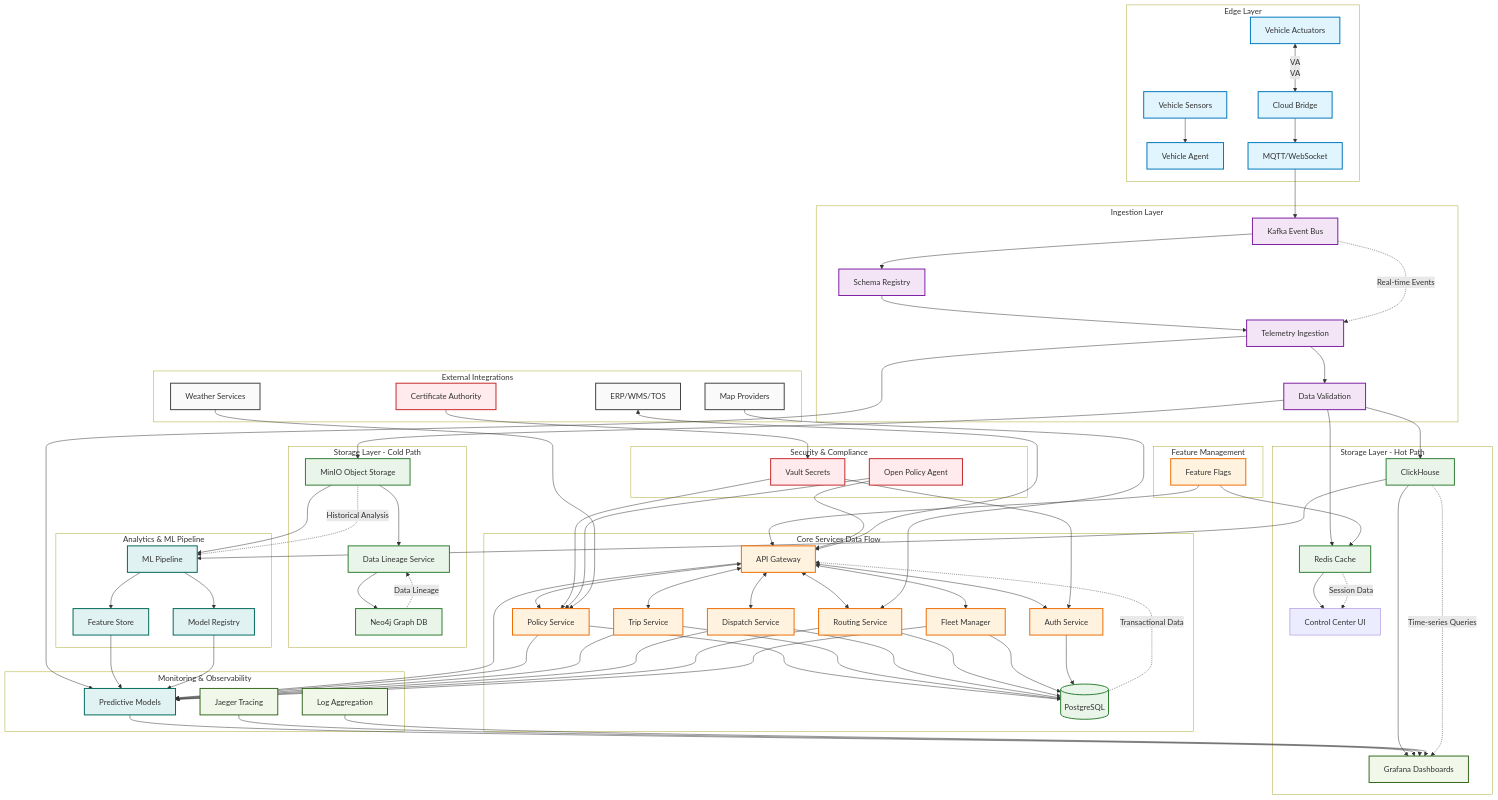
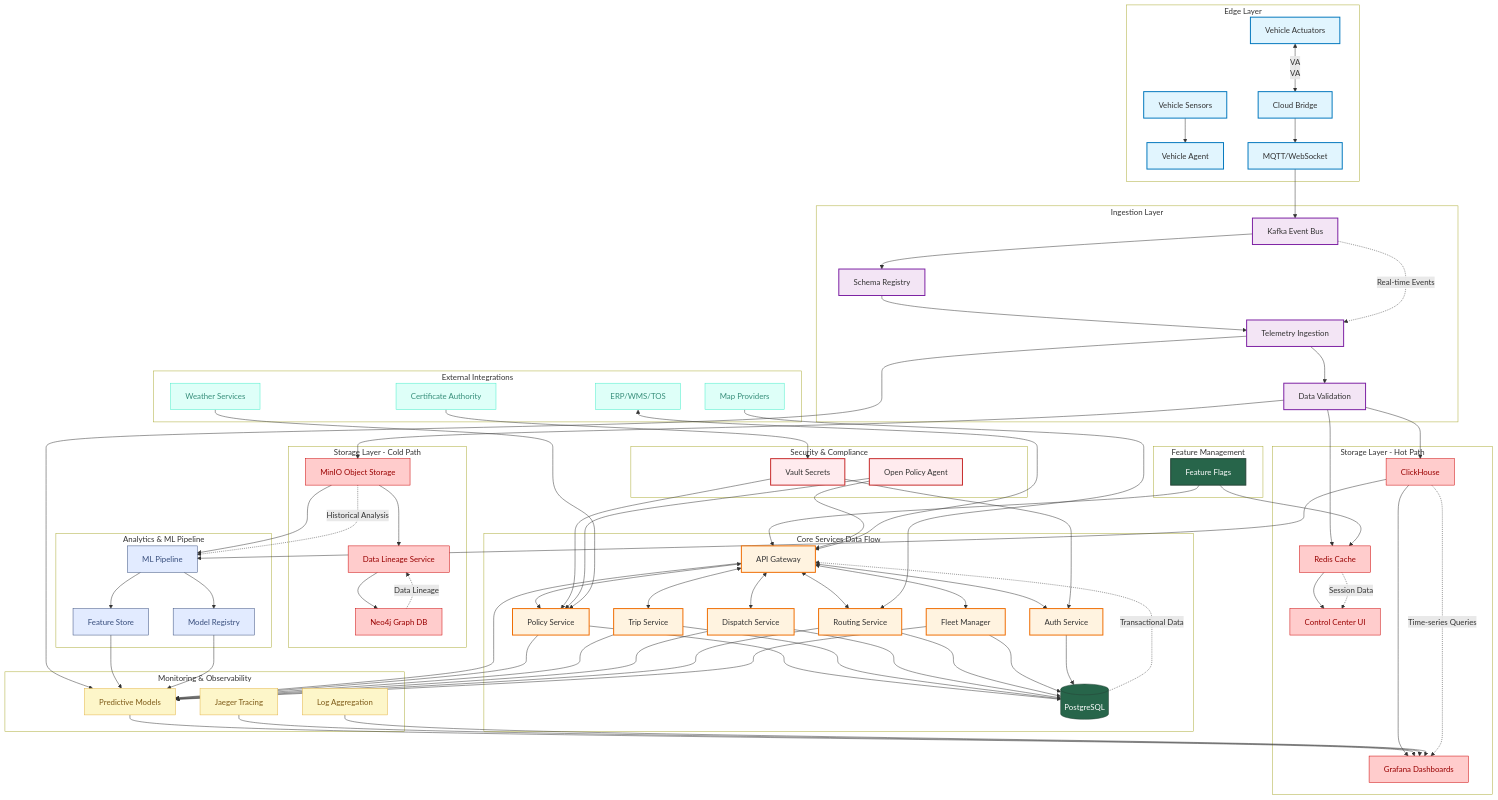
The third of 5 diagrams in README.md (suprachakra/AtlasMesh-Fleet-OS), drawn with Mermaid before and after one commit. The commit also changed other lines of this file, not shown here.

```diff
--- a/README.md
+++ b/README.md
@@ -336,21 +342,24 @@
     %% Styling
     classDef edge fill:#e1f5fe,stroke:#0277bd,stroke-width:2px
     classDef ingestion fill:#f3e5f5,stroke:#7b1fa2,stroke-width:2px
-    classDef storage fill:#e8f5e8,stroke:#2e7d32,stroke-width:2px
+    classDef storage stroke-width:1px, stroke-dasharray:none, stroke:#CC0000, fill:#FFCCCC, color:#990000
     classDef services fill:#fff3e0,stroke:#ef6c00,stroke-width:2px
     classDef security fill:#ffebee,stroke:#c62828,stroke-width:2px
-    classDef monitoring fill:#f1f8e9,stroke:#33691e,stroke-width:2px
-    classDef external fill:#fafafa,stroke:#424242,stroke-width:2px
-    classDef analytics fill:#e0f2f1,stroke:#00695c,stroke-width:2px
+    classDef monitoring stroke-width:1px, stroke-dasharray:none, stroke:#E3B448, fill:#FDF6C9, color:#7D5A17
+    classDef feature troke-width:1px, stroke-dasharray:none, stroke:#254336, fill:#27654A, color:#FFFFFF
+    classDef external stroke-width:1px, stroke-dasharray:none, stroke:#46EDC8, fill:#DEFFF8, color:#378E7A
+    classDef analytics stroke-width:1px, stroke-dasharray:none, stroke:#374D7C, fill:#E2EBFF, color:#374D7C
     
     class V1,V2,VA,CB,MQ1 edge
     class KF,SR,TI,DV ingestion
-    class CH,RD,MO,DL,NG,PG storage
+    class CH,RD,MO,DL,NG,CC,GF storage
     class AG,PS,TS,DS,RS,FM,AS,FF services
-    class VT,OPA,PKI security
-    class PM,JG,LG,GF monitoring
-    class ERP,MAP,WX external
-    class ML,FS,MR,PM analytics
+    class FF feature
+    class PG feature
+    class VT,OPA security
+    class PM,JG,LG monitoring
+    class ERP,MAP,WX,PKI external
+    class ML,FS,MR analytics
 
     style subGraph1 fill:transparent
     style subGraph3 fill:transparent
```
